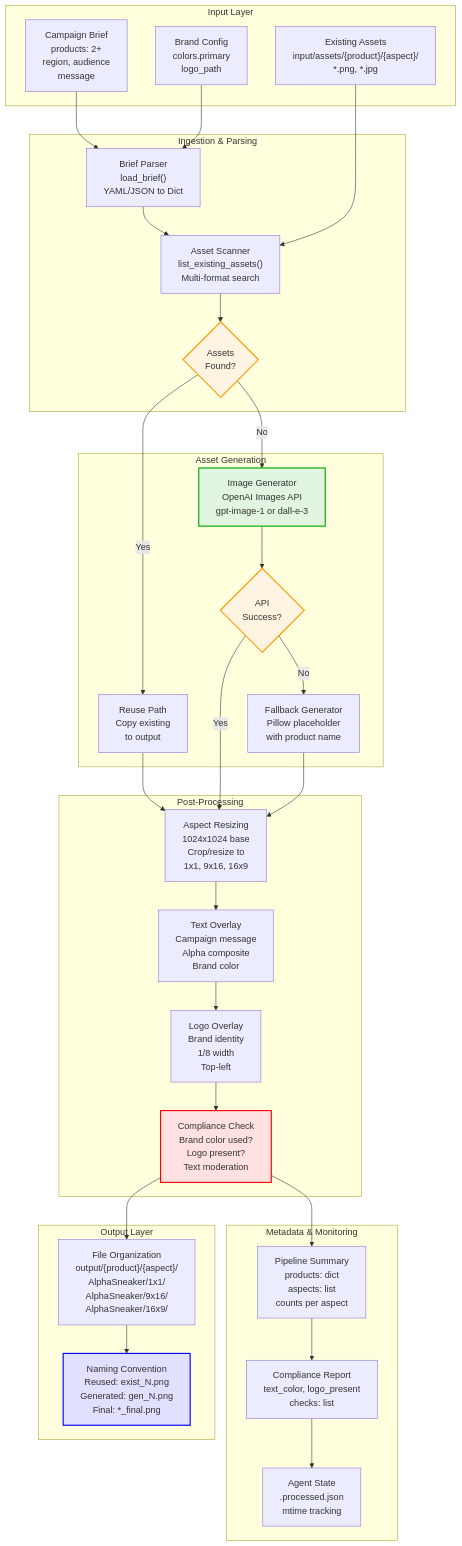
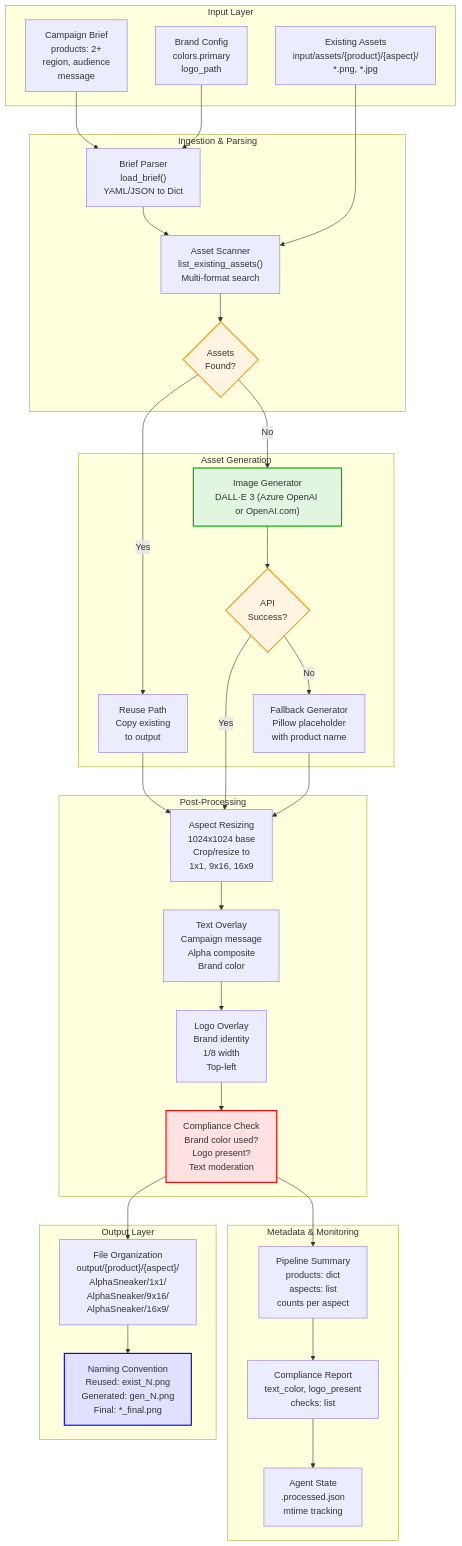
Before and after one commit to serapsen/ai-automation: the diagram in docs/data_flow_diagram.mmd, drawn with Mermaid. The commit also changed 10 other files, not shown here.

```diff
--- a/docs/data_flow_diagram.mmd
+++ b/docs/data_flow_diagram.mmd
@@ -1,65 +1,65 @@
 %% Mermaid diagram: Data Flow & Transformations
 flowchart TB
   subgraph "Input Layer"
     A1["Campaign Brief<br/>products: 2+<br/>region, audience<br/>message"]
     A2["Brand Config<br/>colors.primary<br/>logo_path"]
     A3["Existing Assets<br/>input/assets/{product}/{aspect}/<br/>*.png, *.jpg"]
   end
 
   subgraph "Ingestion & Parsing"
     B1["Brief Parser<br/>load_brief()<br/>YAML/JSON to Dict"]
     B2["Asset Scanner<br/>list_existing_assets()<br/>Multi-format search"]
     B3{"Assets<br/>Found?"}
   end
 
   subgraph "Asset Generation"
     C1["Reuse Path<br/>Copy existing<br/>to output"]
-    C2["Image Generator<br/>OpenAI Images API<br/>gpt-image-1 or dall-e-3"]
+    C2["Image Generator<br/>DALL·E 3 (Azure OpenAI or OpenAI.com)"]
     C3["Fallback Generator<br/>Pillow placeholder<br/>with product name"]
     C4{"API<br/>Success?"}
   end
 
   subgraph "Post-Processing"
     D1["Aspect Resizing<br/>1024x1024 base<br/>Crop/resize to<br/>1x1, 9x16, 16x9"]
     D2["Text Overlay<br/>Campaign message<br/>Alpha composite<br/>Brand color"]
     D3["Logo Overlay<br/>Brand identity<br/>1/8 width<br/>Top-left"]
     D4["Compliance Check<br/>Brand color used?<br/>Logo present?<br/>Text moderation"]
   end
 
   subgraph "Output Layer"
     E1["File Organization<br/>output/{product}/{aspect}/<br/>AlphaSneaker/1x1/<br/>AlphaSneaker/9x16/<br/>AlphaSneaker/16x9/"]
     E2["Naming Convention<br/>Reused: exist_N.png<br/>Generated: gen_N.png<br/>Final: *_final.png"]
   end
 
   subgraph "Metadata & Monitoring"
     F1["Pipeline Summary<br/>products: dict<br/>aspects: list<br/>counts per aspect"]
     F2["Compliance Report<br/>text_color, logo_present<br/>checks: list"]
     F3["Agent State<br/>.processed.json<br/>mtime tracking"]
   end
 
   A1 --> B1
   A2 --> B1
   A3 --> B2
   B1 --> B2
   B2 --> B3
   B3 -->|Yes| C1
   B3 -->|No| C2
   C2 --> C4
   C4 -->|Yes| D1
   C4 -->|No| C3
   C1 --> D1
   C3 --> D1
   D1 --> D2
   D2 --> D3
   D3 --> D4
   D4 --> E1
   E1 --> E2
   D4 --> F1
   F1 --> F2
   F2 --> F3
 
   style B3 fill:#fff4e1,stroke:#f90,stroke-width:2px
   style C2 fill:#e1f5e1,stroke:#0a0,stroke-width:2px
   style C4 fill:#fff4e1,stroke:#f90,stroke-width:2px
   style D4 fill:#ffe1e1,stroke:#f00,stroke-width:2px
   style E2 fill:#e1e1ff,stroke:#00f,stroke-width:2px
```
